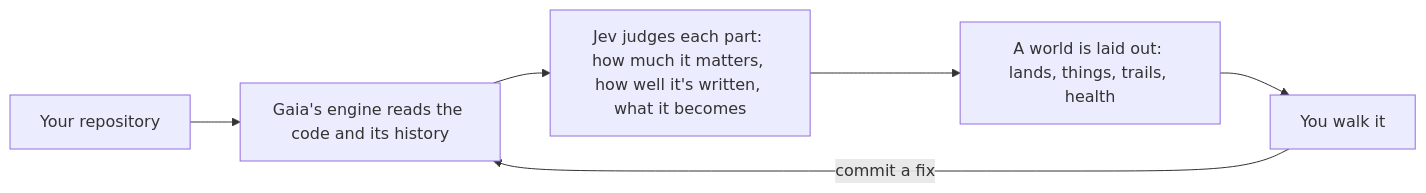
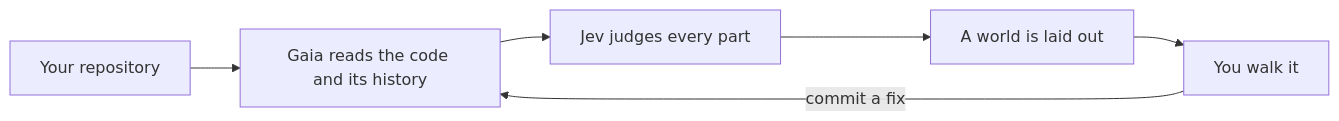
Before and after one commit to RyanSaxe/gaia: the diagram in README.md, drawn with Mermaid. The commit also changed other lines of this file, not shown here.

````diff
--- a/README.md
+++ b/README.md
@@ -16,8 +41,8 @@
 ```mermaid
 flowchart LR
-  code["Your repository"] --> engine["Gaia's engine reads the code and its history"]
-  engine --> jev["Jev judges each part: how much it matters, how well it's written, what it becomes"]
-  jev --> world["A world is laid out: lands, things, trails, health"]
-  world --> you["You walk it"]
-  you -->|"commit a fix"| engine
+  A["Your repository"] --> B["Gaia reads the code and its history"]
+  B --> C["Jev judges every part"]
+  C --> D["A world is laid out"]
+  D --> E["You walk it"]
+  E -->|commit a fix| B
 ```
````
